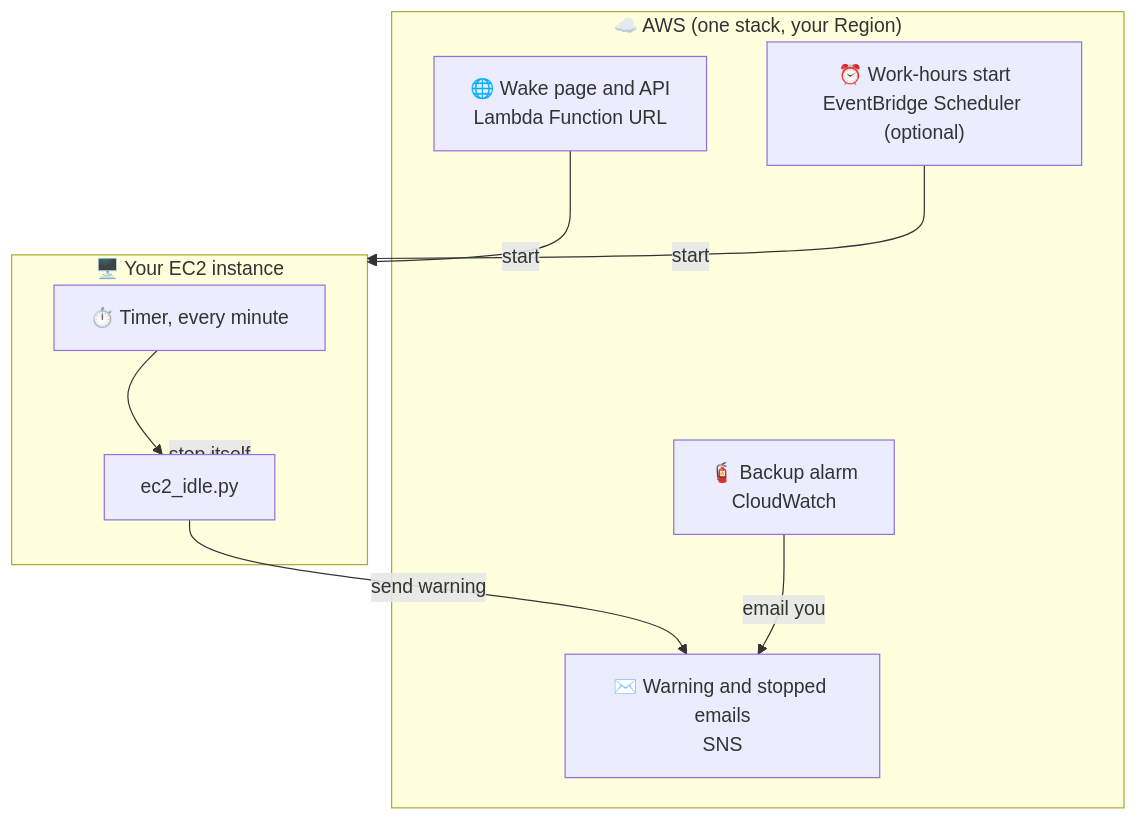
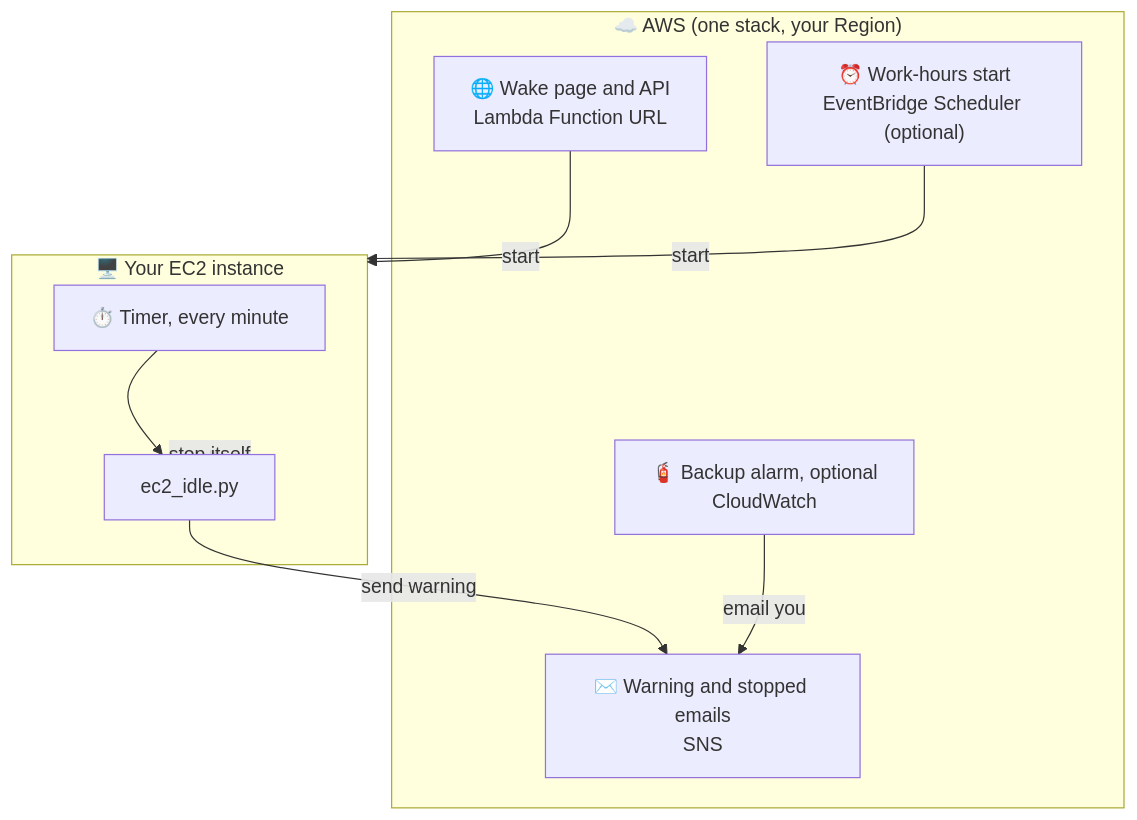
Before and after one commit to manojvermamv/ec2-idle-stop-wake: the first of 3 diagrams in WORKFLOW.md, drawn with Mermaid. The commit also changed other lines of this file and 15 other files, not shown here.

````diff
--- a/WORKFLOW.md
+++ b/WORKFLOW.md
@@ -29,17 +29,17 @@
 ```mermaid
 flowchart TB
     subgraph Cloud["☁️ AWS (one stack, your Region)"]
         URL["🌐 Wake page and API<br/>Lambda Function URL"]
         SCH["⏰ Work-hours start<br/>EventBridge Scheduler (optional)"]
         SNS["✉️ Warning and stopped emails<br/>SNS"]
-        CW["🧯 Backup alarm<br/>CloudWatch"]
+        CW["🧯 Backup alarm, optional<br/>CloudWatch"]
     end
     subgraph Box["🖥️ Your EC2 instance"]
         TIMER["⏱️ Timer, every minute"] --> PY["ec2_idle.py"]
     end
     URL -->|start| Box
     SCH -->|start| Box
     PY -->|send warning| SNS
     PY -->|stop itself| Box
     CW -->|email you| SNS
 ```
````
